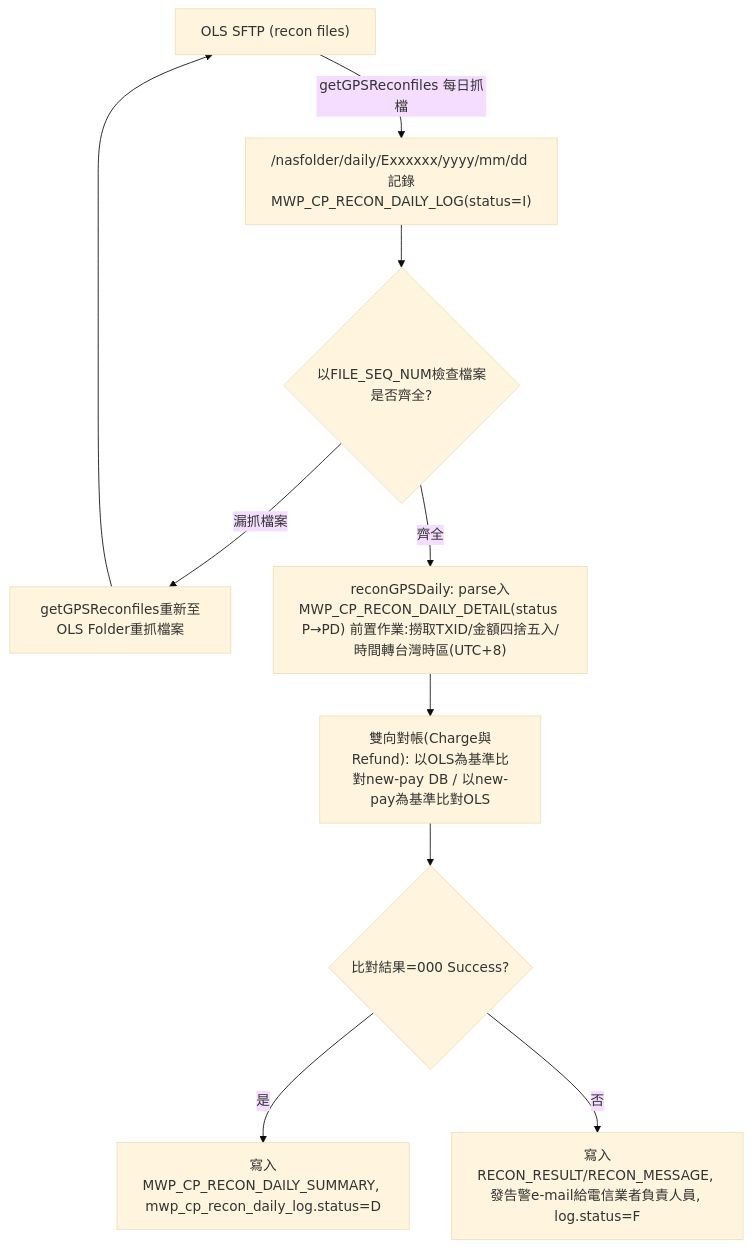
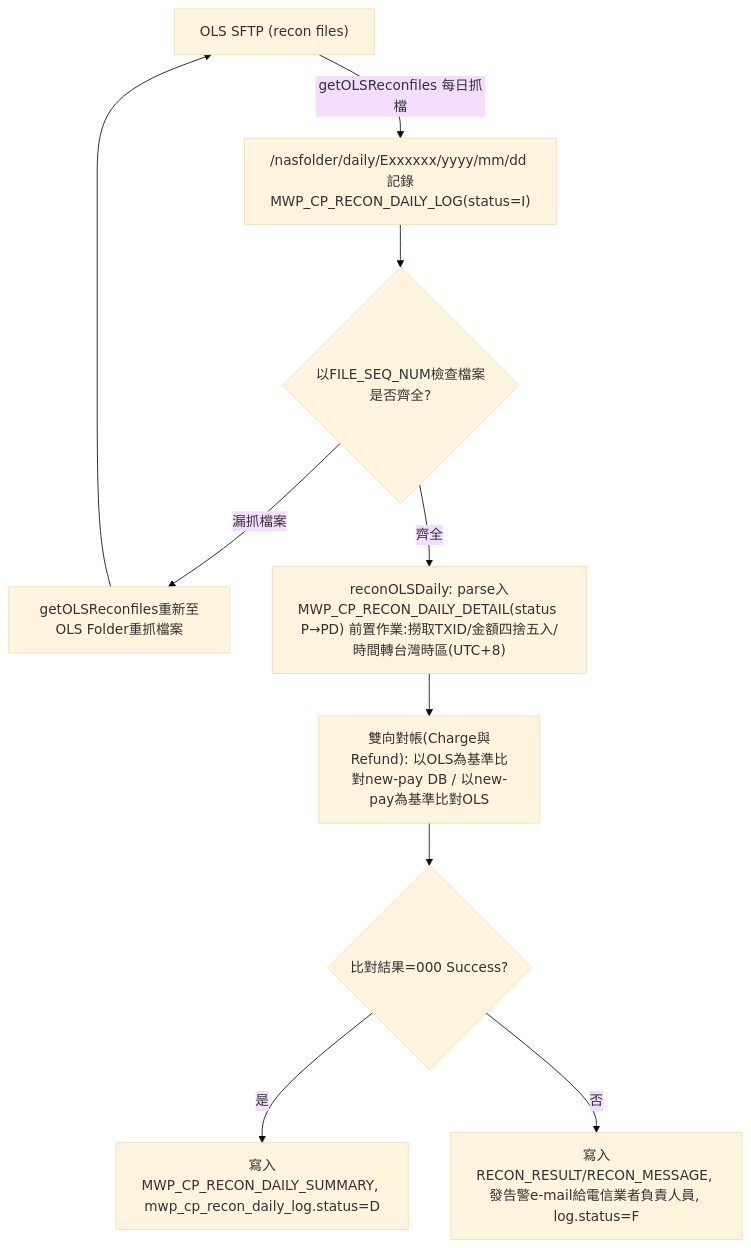
Before and after one commit to ChunPingWang/ai-workshop: the sixth of 7 diagrams in new-pay_OnlineStore_FSD.md, drawn with Mermaid (base theme). The commit also changed other lines of this file and 28 other files, not shown here.

````diff
--- a/new-pay_OnlineStore_FSD.md
+++ b/new-pay_OnlineStore_FSD.md
@@ -559,12 +559,12 @@
 ```mermaid
 flowchart TD
-    A["OLS SFTP (recon files)"] -->|"getGPSReconfiles 每日抓檔"| B["/nasfolder/daily/Exxxxxx/yyyy/mm/dd 記錄MWP_CP_RECON_DAILY_LOG(status=I)"]
+    A["OLS SFTP (recon files)"] -->|"getOLSReconfiles 每日抓檔"| B["/nasfolder/daily/Exxxxxx/yyyy/mm/dd 記錄MWP_CP_RECON_DAILY_LOG(status=I)"]
     B --> C{"以FILE_SEQ_NUM檢查檔案是否齊全?"}
-    C -- "漏抓檔案" --> R["getGPSReconfiles重新至OLS Folder重抓檔案"]
+    C -- "漏抓檔案" --> R["getOLSReconfiles重新至OLS Folder重抓檔案"]
     R --> A
-    C -- 齊全 --> D["reconGPSDaily: parse入MWP_CP_RECON_DAILY_DETAIL(status P→PD) 前置作業:撈取TXID/金額四捨五入/時間轉台灣時區(UTC+8)"]
+    C -- 齊全 --> D["reconOLSDaily: parse入MWP_CP_RECON_DAILY_DETAIL(status P→PD) 前置作業:撈取TXID/金額四捨五入/時間轉台灣時區(UTC+8)"]
     D --> E["雙向對帳(Charge與Refund): 以OLS為基準比對new-pay DB / 以new-pay為基準比對OLS"]
     E --> F{"比對結果=000 Success?"}
     F -- 是 --> G["寫入MWP_CP_RECON_DAILY_SUMMARY, mwp_cp_recon_daily_log.status=D"]
     F -- 否 --> H["寫入RECON_RESULT/RECON_MESSAGE, 發告警e-mail給電信業者負責人員, log.status=F"]
 ```
````
